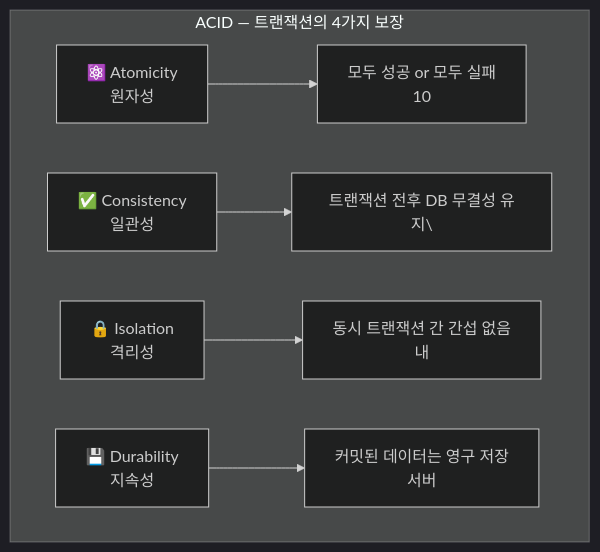
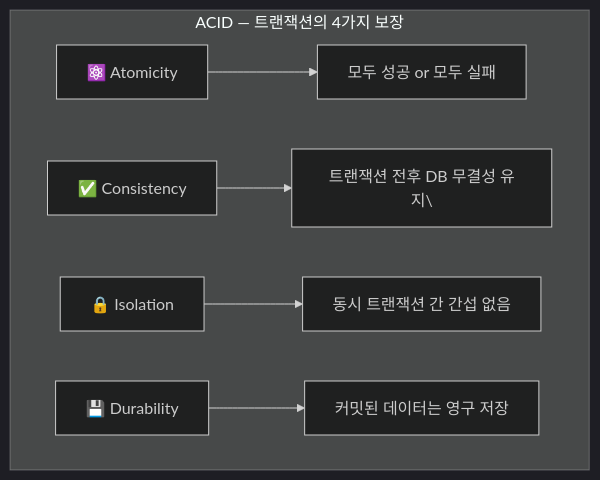
The fourth of 11 diagrams in _posts/spring/2026-05-02-spring-db-1.md (yjkim2015/yjkim2015.github.io), drawn with Mermaid (dark theme) before and after one commit. The commit also changed other lines of this file and 217 other files, not shown here.

First line of the commit message:
Mermaid 크기 수정: useMaxWidth:true + SVG max-width:100% + 라벨 축소

````diff
--- a/_posts/spring/2026-05-02-spring-db-1.md
+++ b/_posts/spring/2026-05-02-spring-db-1.md
@@ -227,9 +227,9 @@
 ```mermaid
 graph TD
     subgraph "ACID — 트랜잭션의 4가지 보장"
-        A["⚛️ Atomicity\n원자성"] --> A1["모두 성공 or 모두 실패\n10"]
-        B["✅ Consistency\n일관성"] --> B1["트랜잭션 전후 DB 무결성 유지\"]
-        C["🔒 Isolation\n격리성"] --> C1["동시 트랜잭션 간 간섭 없음\n내"]
-        D["💾 Durability\n지속성"] --> D1["커밋된 데이터는 영구 저장\n서버"]
+        A["⚛️ Atomicity"] --> A1["모두 성공 or 모두 실패"]
+        B["✅ Consistency"] --> B1["트랜잭션 전후 DB 무결성 유지\"]
+        C["🔒 Isolation"] --> C1["동시 트랜잭션 간 간섭 없음"]
+        D["💾 Durability"] --> D1["커밋된 데이터는 영구 저장"]
     end
 ```
````
